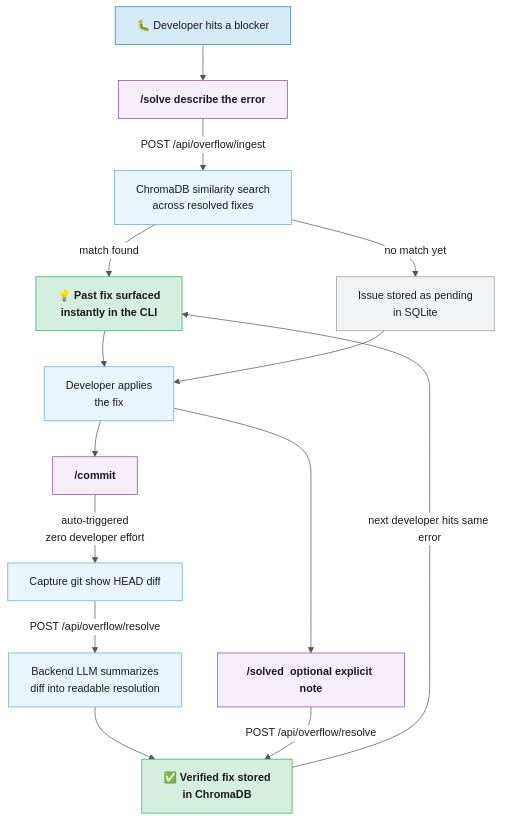
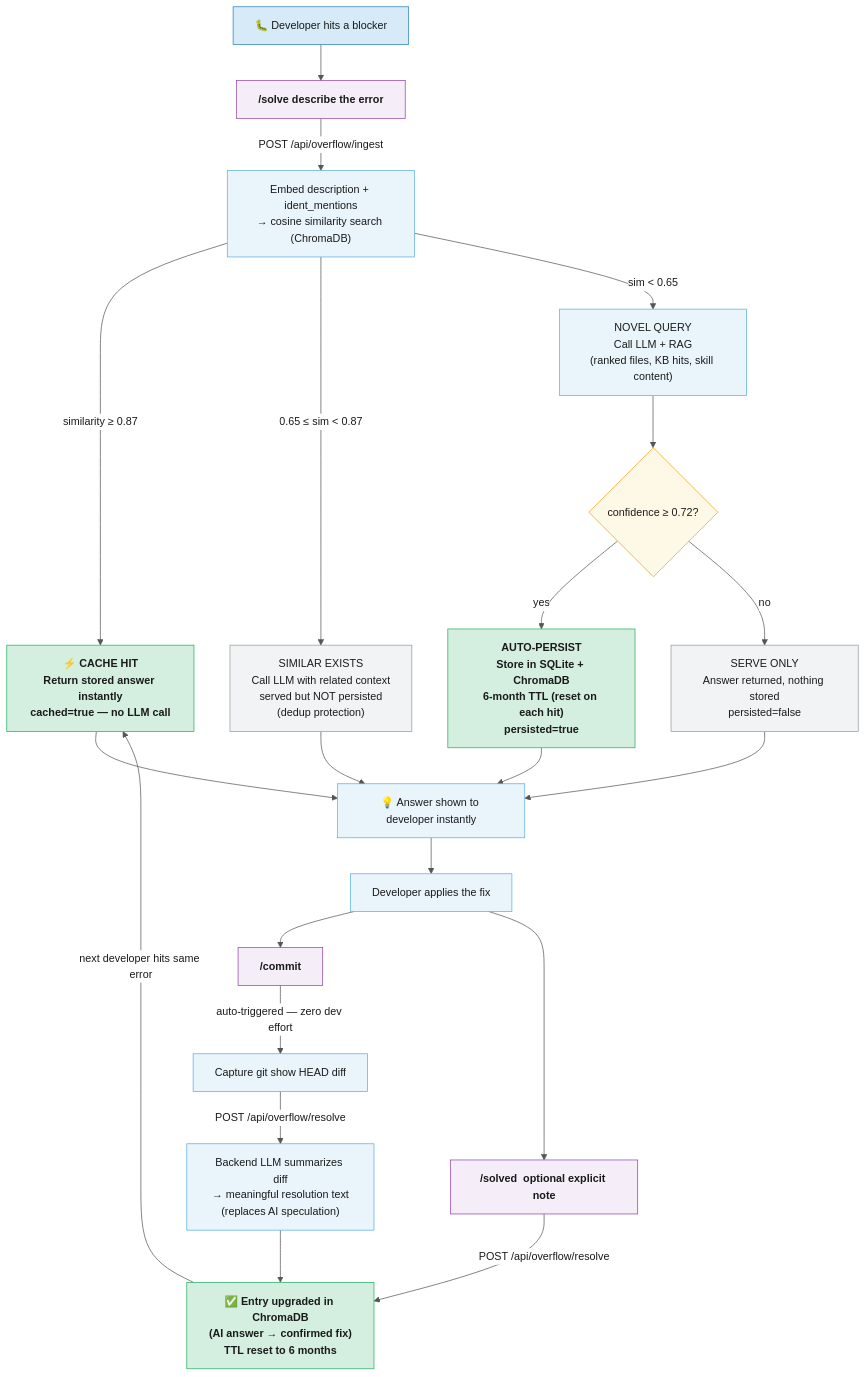
Before and after one commit to FuryACE007/nexus-cli: the diagram in docs/phase3-agentoverflow.mermaid, drawn with Mermaid. The commit also changed 2 other files, not shown here.

Commit message:
fix: remove auth headers from CLI, add resolve to endpoint table, fix AgentOverflow diagram

```diff
--- a/docs/phase3-agentoverflow.mermaid
+++ b/docs/phase3-agentoverflow.mermaid
@@ -1,36 +1,47 @@
 %%{init: {'theme': 'base', 'themeVariables': {
   'primaryColor': '#ffffff',
   'primaryTextColor': '#1a1a1a',
   'primaryBorderColor': '#555',
   'lineColor': '#555',
   'edgeLabelBackground': '#ffffff',
   'fontSize': '15px'
 }}}%%
 
 flowchart TD
 
     ISSUE["🐛 Developer hits a blocker"]:::input
 
     ISSUE --> SOLVE["/solve  describe the error"]:::cmd
-    SOLVE -->|"POST /api/overflow/ingest"| SEARCH["ChromaDB similarity search\nacross resolved fixes"]:::process
-    SEARCH -->|"match found"| HINT["💡 Past fix surfaced\ninstantly in the CLI"]:::success
-    SEARCH -->|"no match yet"| PENDING["Issue stored as pending\nin SQLite"]:::neutral
+    SOLVE -->|"POST /api/overflow/ingest"| EMBED["Embed description + ident_mentions\n→ cosine similarity search (ChromaDB)"]:::process
 
-    HINT --> FIX["Developer applies\nthe fix"]:::process
-    PENDING --> FIX
+    EMBED -->|"similarity ≥ 0.87"| CACHEHIT["⚡ CACHE HIT\nReturn stored answer instantly\ncached=true — no LLM call"]:::success
+    EMBED -->|"0.65 ≤ sim < 0.87"| SIMILAR["SIMILAR EXISTS\nCall LLM with related context\nserved but NOT persisted\n(dedup protection)"]:::neutral
+    EMBED -->|"sim < 0.65"| NOVEL["NOVEL QUERY\nCall LLM + RAG\n(ranked files, KB hits, skill content)"]:::process
 
+    NOVEL --> CONF{"confidence ≥ 0.72?"}:::decision
+    CONF -->|"yes"| AUTOPERSIST["AUTO-PERSIST\nStore in SQLite + ChromaDB\n6-month TTL (reset on each hit)\npersisted=true"]:::success
+    CONF -->|"no"| SERVEONLY["SERVE ONLY\nAnswer returned, nothing stored\npersisted=false"]:::neutral
+
+    CACHEHIT --> SHOWDEV["💡 Answer shown to developer instantly"]:::process
+    SIMILAR --> SHOWDEV
+    AUTOPERSIST --> SHOWDEV
+    SERVEONLY --> SHOWDEV
+
+    SHOWDEV --> FIX["Developer applies the fix"]:::process
     FIX --> COMMIT["/commit"]:::cmd
-    COMMIT -->|"auto-triggered\nzero developer effort"| DIFF["Capture git show HEAD diff"]:::process
-    DIFF -->|"POST /api/overflow/resolve"| LLM["Backend LLM summarizes\ndiff into readable resolution"]:::process
-    LLM --> STORE["✅ Verified fix stored\nin ChromaDB"]:::success
+
+    COMMIT -->|"auto-triggered — zero dev effort"| DIFF["Capture git show HEAD diff"]:::process
+    DIFF -->|"POST /api/overflow/resolve"| LLM["Backend LLM summarizes diff\n→ meaningful resolution text\n(replaces AI speculation)"]:::process
+    LLM --> UPGRADE["✅ Entry upgraded in ChromaDB\n(AI answer → confirmed fix)\nTTL reset to 6 months"]:::success
 
     FIX --> SOLVED["/solved  optional explicit note"]:::cmd
-    SOLVED -->|"POST /api/overflow/resolve"| STORE
+    SOLVED -->|"POST /api/overflow/resolve"| UPGRADE
 
-    STORE -->|"next developer hits same error"| HINT
+    UPGRADE -->|"next developer hits same error"| CACHEHIT
 
     classDef input    fill:#d6eaf8,stroke:#2980b9,color:#1a1a1a
     classDef cmd      fill:#f5eef8,stroke:#8e44ad,color:#1a1a1a,font-weight:bold
     classDef process  fill:#eaf4fb,stroke:#5dade2,color:#1a1a1a
     classDef success  fill:#d4efdf,stroke:#27ae60,color:#1a1a1a,font-weight:bold
     classDef neutral  fill:#f2f3f4,stroke:#999,color:#1a1a1a
+    classDef decision fill:#fef9e7,stroke:#f39c12,color:#1a1a1a
```
